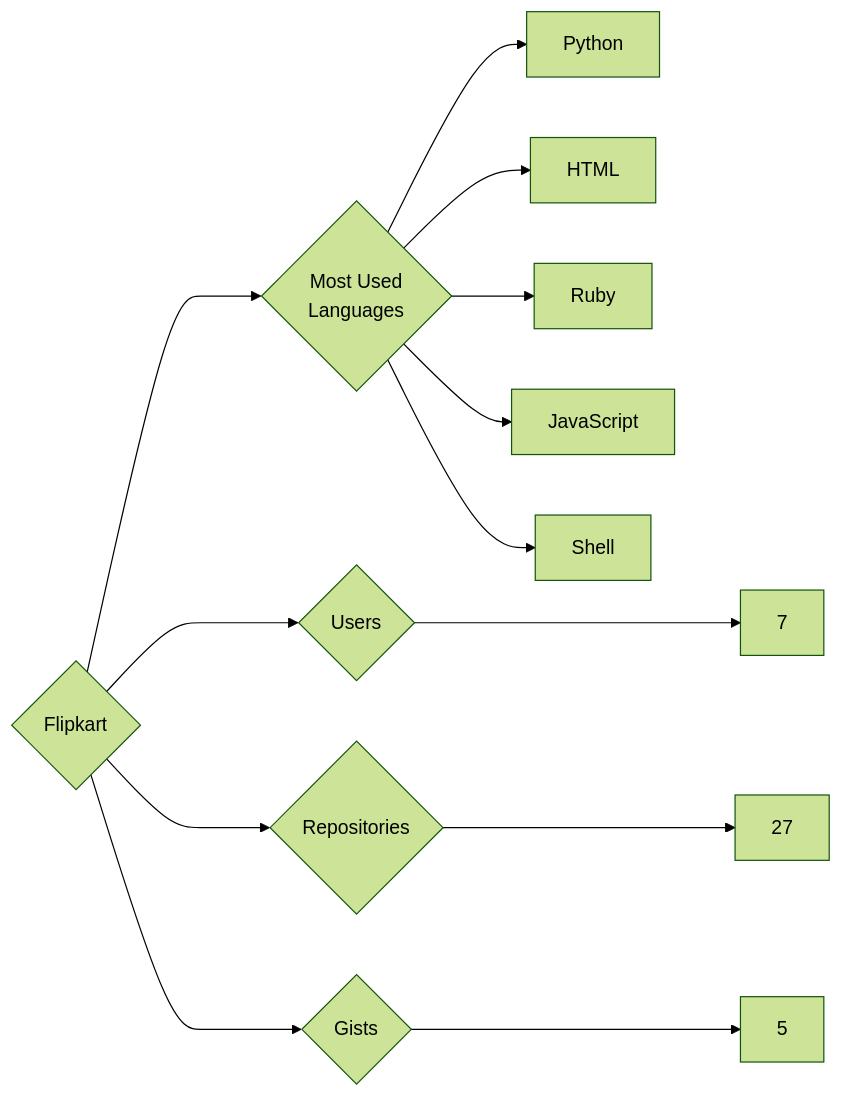
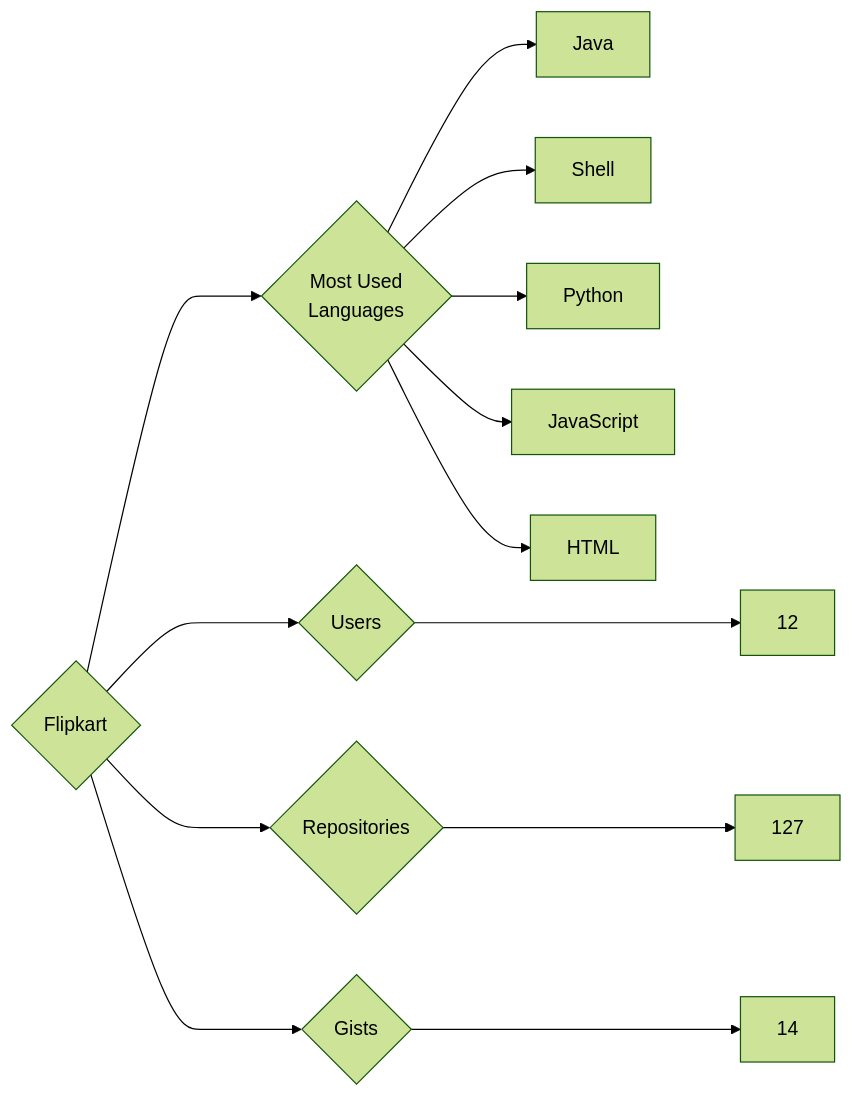
One commit to trickest/insiders changed the diagram in targets/Flipkart/README.md. Above: the diagram before and after it, drawn with Mermaid (forest theme). The commit also changed 1055 other files, not shown here.

````diff
--- a/targets/Flipkart/README.md
+++ b/targets/Flipkart/README.md
@@ -3,13 +3,13 @@
 ```mermaid
 graph LR
 COMPANY_NAME{Flipkart}
-COMPANY_NAME ---> U{Users} ---> UN[7]
-COMPANY_NAME ---> R{Repositories} ---> RN[27]
-COMPANY_NAME ---> G{Gists} ---> GN[5]
+COMPANY_NAME ---> U{Users} ---> UN[12]
+COMPANY_NAME ---> R{Repositories} ---> RN[127]
+COMPANY_NAME ---> G{Gists} ---> GN[14]
 COMPANY_NAME ---> ML{Most Used<br>Languages}
+ML --> Java[Java]
+ML --> Shell[Shell]
 ML --> Python[Python]
+ML --> JavaScript[JavaScript]
 ML --> HTML[HTML]
-ML --> Ruby[Ruby]
-ML --> JavaScript[JavaScript]
-ML --> Shell[Shell]
 ```
````
